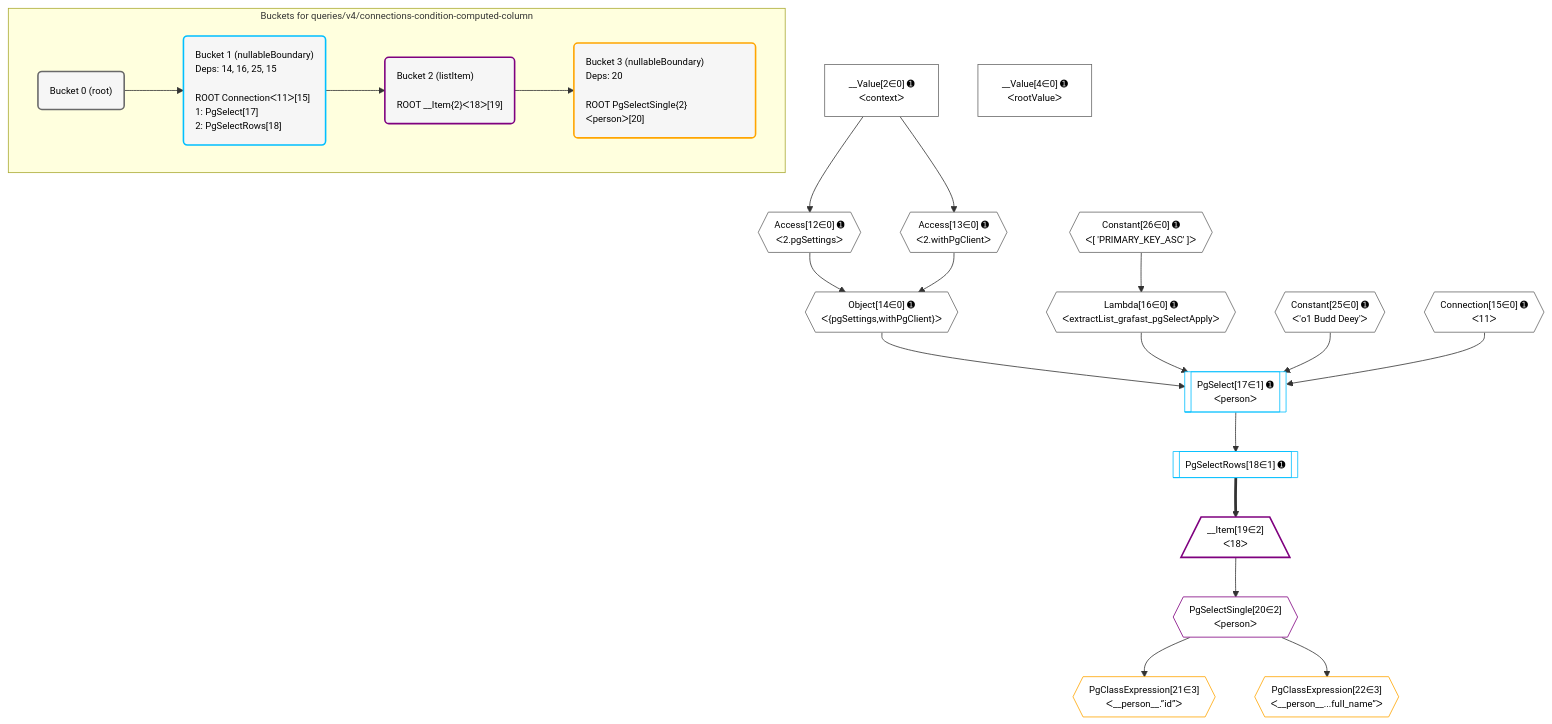
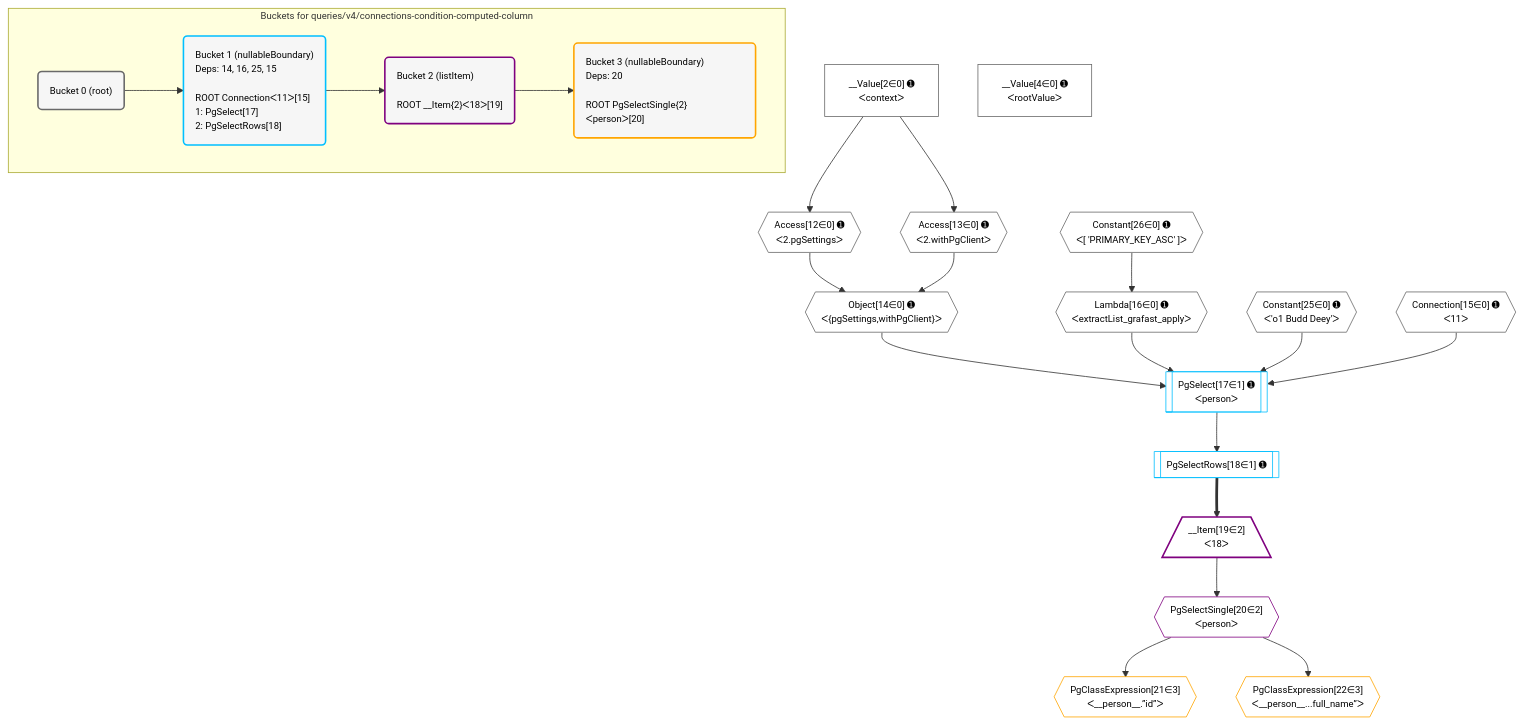
The diagram in postgraphile/postgraphile/__tests__/queries/v4/connections-condition-computed-column.mermaid (graphile/crystal), drawn with Mermaid before and after one commit. The commit also changed 161 other files, not shown here.

```diff
--- a/postgraphile/postgraphile/__tests__/queries/v4/connections-condition-computed-column.mermaid
+++ b/postgraphile/postgraphile/__tests__/queries/v4/connections-condition-computed-column.mermaid
@@ -1,56 +1,56 @@
 %%{init: {'themeVariables': { 'fontSize': '12px'}}}%%
 graph TD
     classDef path fill:#eee,stroke:#000,color:#000
     classDef plan fill:#fff,stroke-width:1px,color:#000
     classDef itemplan fill:#fff,stroke-width:2px,color:#000
     classDef unbatchedplan fill:#dff,stroke-width:1px,color:#000
     classDef sideeffectplan fill:#fcc,stroke-width:2px,color:#000
     classDef bucket fill:#f6f6f6,color:#000,stroke-width:2px,text-align:left
 
 
     %% plan dependencies
     Object14{{"Object[14∈0] ➊<br />ᐸ{pgSettings,withPgClient}ᐳ"}}:::plan
     Access12{{"Access[12∈0] ➊<br />ᐸ2.pgSettingsᐳ"}}:::plan
     Access13{{"Access[13∈0] ➊<br />ᐸ2.withPgClientᐳ"}}:::plan
     Access12 & Access13 --> Object14
     __Value2["__Value[2∈0] ➊<br />ᐸcontextᐳ"]:::plan
     __Value2 --> Access12
     __Value2 --> Access13
-    Lambda16{{"Lambda[16∈0] ➊<br />ᐸextractList_grafast_pgSelectApplyᐳ"}}:::plan
+    Lambda16{{"Lambda[16∈0] ➊<br />ᐸextractList_grafast_applyᐳ"}}:::plan
     Constant26{{"Constant[26∈0] ➊<br />ᐸ[ 'PRIMARY_KEY_ASC' ]ᐳ"}}:::plan
     Constant26 --> Lambda16
     __Value4["__Value[4∈0] ➊<br />ᐸrootValueᐳ"]:::plan
     Connection15{{"Connection[15∈0] ➊<br />ᐸ11ᐳ"}}:::plan
     Constant25{{"Constant[25∈0] ➊<br />ᐸ'o1 Budd Deey'ᐳ"}}:::plan
     PgSelect17[["PgSelect[17∈1] ➊<br />ᐸpersonᐳ"]]:::plan
     Object14 & Lambda16 & Constant25 & Connection15 --> PgSelect17
     PgSelectRows18[["PgSelectRows[18∈1] ➊"]]:::plan
     PgSelect17 --> PgSelectRows18
     __Item19[/"__Item[19∈2]<br />ᐸ18ᐳ"\]:::itemplan
     PgSelectRows18 ==> __Item19
     PgSelectSingle20{{"PgSelectSingle[20∈2]<br />ᐸpersonᐳ"}}:::plan
     __Item19 --> PgSelectSingle20
     PgClassExpression21{{"PgClassExpression[21∈3]<br />ᐸ__person__.”id”ᐳ"}}:::plan
     PgSelectSingle20 --> PgClassExpression21
     PgClassExpression22{{"PgClassExpression[22∈3]<br />ᐸ__person__...full_name”ᐳ"}}:::plan
     PgSelectSingle20 --> PgClassExpression22
 
     %% define steps
 
     subgraph "Buckets for queries/v4/connections-condition-computed-column"
     Bucket0("Bucket 0 (root)"):::bucket
     classDef bucket0 stroke:#696969
     class Bucket0,__Value2,__Value4,Access12,Access13,Object14,Connection15,Lambda16,Constant25,Constant26 bucket0
     Bucket1("Bucket 1 (nullableBoundary)<br />Deps: 14, 16, 25, 15<br /><br />ROOT Connectionᐸ11ᐳ[15]<br />1: PgSelect[17]<br />2: PgSelectRows[18]"):::bucket
     classDef bucket1 stroke:#00bfff
     class Bucket1,PgSelect17,PgSelectRows18 bucket1
     Bucket2("Bucket 2 (listItem)<br /><br />ROOT __Item{2}ᐸ18ᐳ[19]"):::bucket
     classDef bucket2 stroke:#7f007f
     class Bucket2,__Item19,PgSelectSingle20 bucket2
     Bucket3("Bucket 3 (nullableBoundary)<br />Deps: 20<br /><br />ROOT PgSelectSingle{2}ᐸpersonᐳ[20]"):::bucket
     classDef bucket3 stroke:#ffa500
     class Bucket3,PgClassExpression21,PgClassExpression22 bucket3
     Bucket0 --> Bucket1
     Bucket1 --> Bucket2
     Bucket2 --> Bucket3
     end
```
